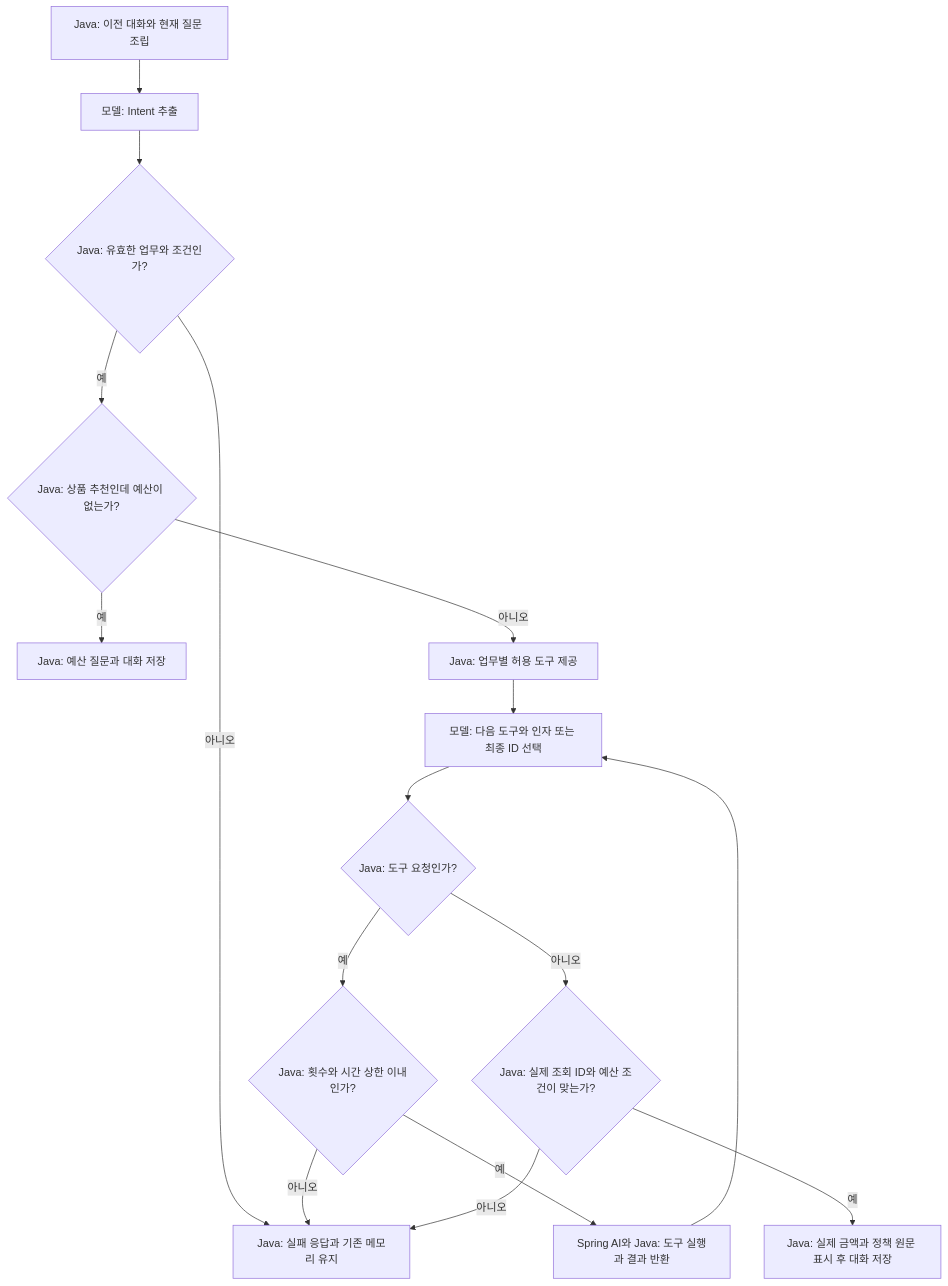
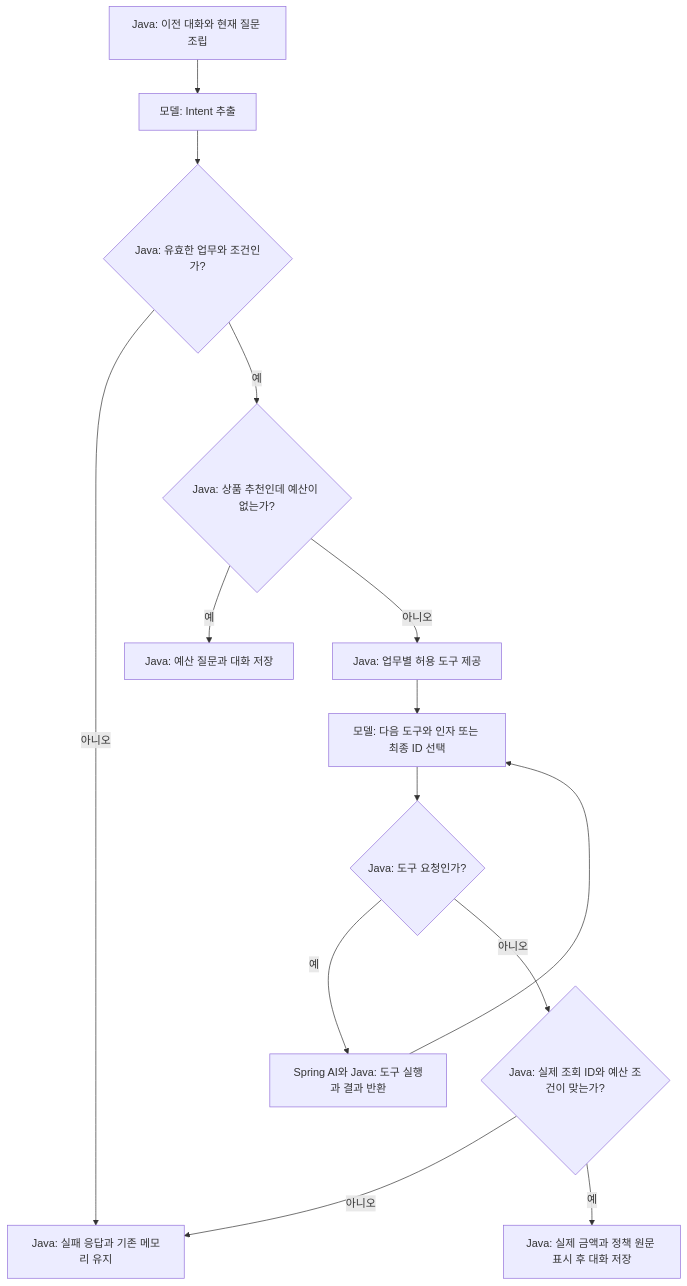
Before and after one commit to Justin-ad-Park/SpringShoppingAI: the second of 2 diagrams in Spring-AI-Agent-Learning/docs/lessons/13-shopping-agent/01-map.md, drawn with Mermaid. The commit also changed other lines of this file and 158 other files, not shown here.

````diff
--- a/Spring-AI-Agent-Learning/docs/lessons/13-shopping-agent/01-map.md
+++ b/Spring-AI-Agent-Learning/docs/lessons/13-shopping-agent/01-map.md
@@ -55,18 +54,16 @@
 ```mermaid
 flowchart TD
     A[Java: 이전 대화와 현재 질문 조립] --> B[모델: Intent 추출]
     B --> C{Java: 유효한 업무와 조건인가?}
     C -->|아니오| F[Java: 실패 응답과 기존 메모리 유지]
     C -->|예| D{Java: 상품 추천인데 예산이 없는가?}
     D -->|예| Q[Java: 예산 질문과 대화 저장]
     D -->|아니오| T[Java: 업무별 허용 도구 제공]
     T --> M[모델: 다음 도구와 인자 또는 최종 ID 선택]
     M --> E{Java: 도구 요청인가?}
-    E -->|예| L{Java: 횟수와 시간 상한 이내인가?}
-    L -->|예| R[Spring AI와 Java: 도구 실행과 결과 반환]
+    E -->|예| R[Spring AI와 Java: 도구 실행과 결과 반환]
     R --> M
-    L -->|아니오| F
     E -->|아니오| V{Java: 실제 조회 ID와 예산 조건이 맞는가?}
     V -->|아니오| F
     V -->|예| S[Java: 실제 금액과 정책 원문 표시 후 대화 저장]
 ```
````
